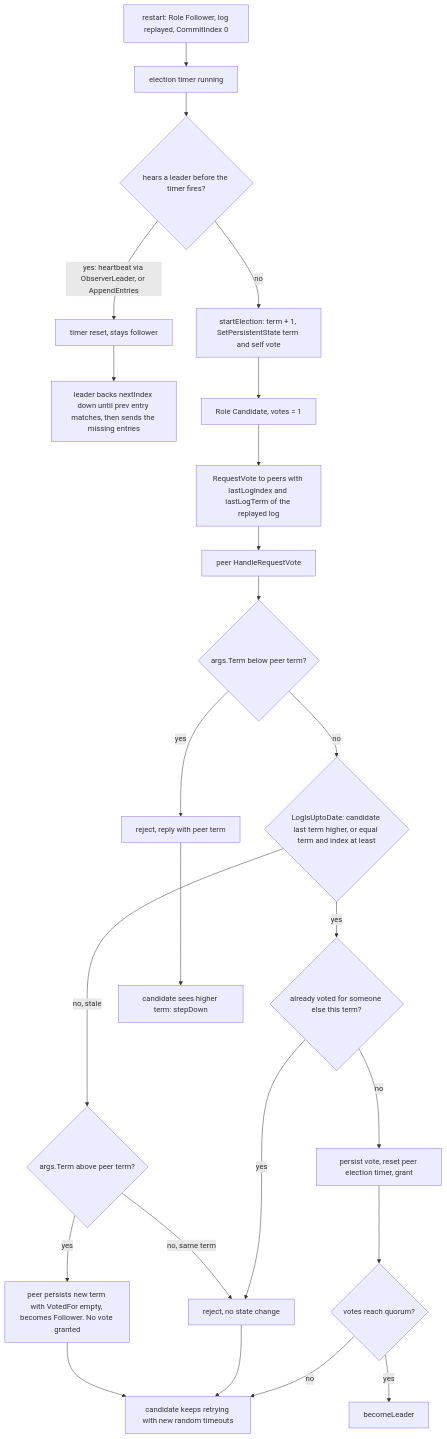
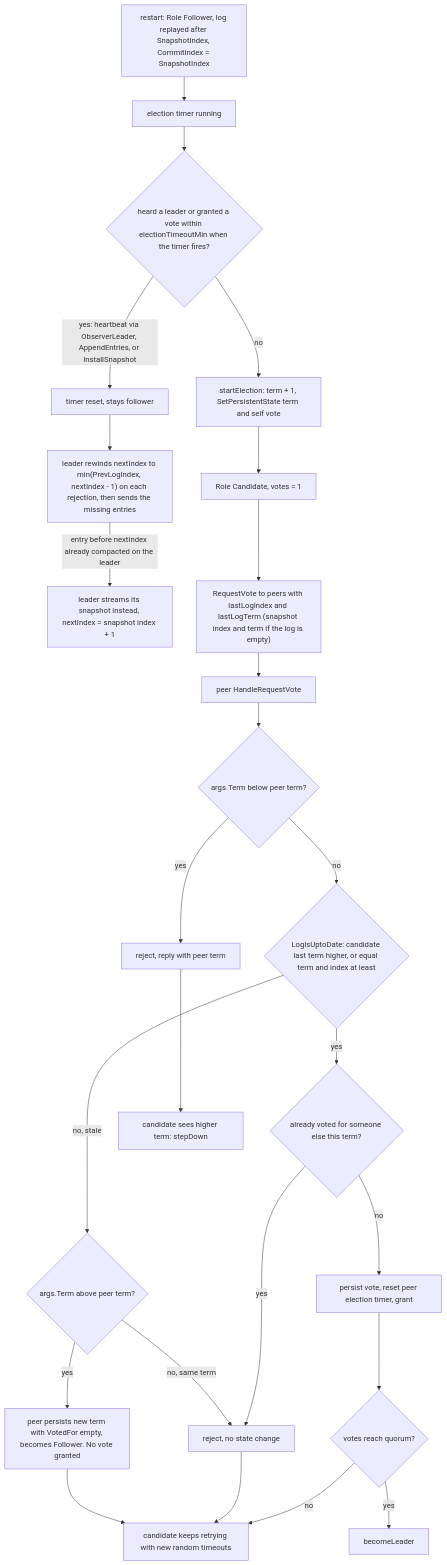
The ninth of 11 diagrams in flow/3. node-startup-persisted-state.md (Tarun-Elango/hobbyDB), drawn with Mermaid before and after one commit. The commit also changed other lines of this file and 8 other files, not shown here.

Commit message:
udpating results and state diagrams

````diff
--- a/flow/3. node-startup-persisted-state.md
+++ b/flow/3. node-startup-persisted-state.md
@@ -121,26 +242,27 @@
 ```mermaid
 flowchart TD
-    A["restart: Role Follower, log replayed, CommitIndex 0"] --> B["election timer running"]
-    B --> C{"hears a leader before the timer fires?"}
-    C -->|"yes: heartbeat via ObserverLeader, or AppendEntries"| D["timer reset, stays follower"]
-    D --> D1["leader backs nextIndex down until prev entry matches, then sends the missing entries"]
+    A["restart: Role Follower, log replayed after SnapshotIndex, CommitIndex = SnapshotIndex"] --> B["election timer running"]
+    B --> C{"heard a leader or granted a vote within electionTimeoutMin when the timer fires?"}
+    C -->|"yes: heartbeat via ObserverLeader, AppendEntries, or InstallSnapshot"| D["timer reset, stays follower"]
+    D --> D1["leader rewinds nextIndex to min(PrevLogIndex, nextIndex - 1) on each rejection, then sends the missing entries"]
+    D1 -->|"entry before nextIndex already compacted on the leader"| D2["leader streams its snapshot instead, nextIndex = snapshot index + 1"]
     C -->|no| E["startElection: term + 1, SetPersistentState term and self vote"]
     E --> F["Role Candidate, votes = 1"]
-    F --> G["RequestVote to peers with lastLogIndex and lastLogTerm of the replayed log"]
+    F --> G["RequestVote to peers with lastLogIndex and lastLogTerm (snapshot index and term if the log is empty)"]
     G --> H["peer HandleRequestVote"]
     H --> I{"args.Term below peer term?"}
     I -->|yes| R1["reject, reply with peer term"]
     I -->|no| J{"LogIsUptoDate: candidate last term higher, or equal term and index at least"}
     J -->|"no, stale"| K{"args.Term above peer term?"}
     K -->|yes| K1["peer persists new term with VotedFor empty, becomes Follower. No vote granted"]
     K -->|"no, same term"| K2["reject, no state change"]
     J -->|yes| L{"already voted for someone else this term?"}
     L -->|yes| K2
     L -->|no| M["persist vote, reset peer election timer, grant"]
     R1 --> N["candidate sees higher term: stepDown"]
     K1 --> O["candidate keeps retrying with new random timeouts"]
     K2 --> O
     M --> P{"votes reach quorum?"}
     P -->|yes| Q["becomeLeader"]
     P -->|no| O
 ```
````
